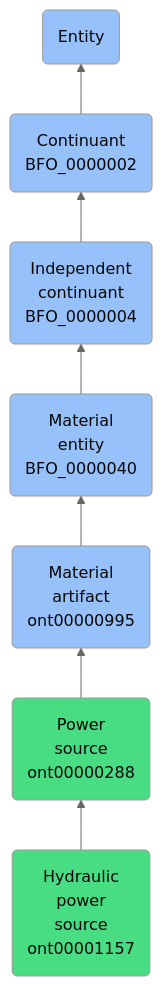
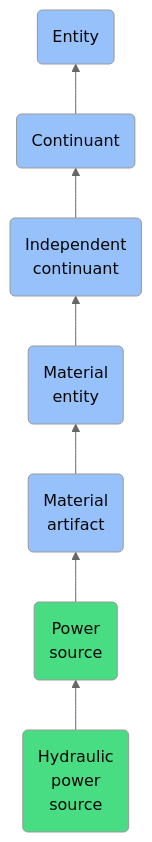
Before and after one commit to jupyter-naas/abi: the diagram in docs/ontology/reference/model/Entity/Continuant/Independent continuant/Material entity/Material artifact/Power source/Hydraulic power source/Hydraulic power source.md, drawn with Mermaid (neutral theme). The commit also changed other lines of this file and 1430 other files, not shown here.

````diff
--- a/docs/ontology/reference/model/Entity/Continuant/Independent continuant/Material entity/Material artifact/Power source/Hydraulic power source/Hydraulic power source.md
+++ b/docs/ontology/reference/model/Entity/Continuant/Independent continuant/Material entity/Material artifact/Power source/Hydraulic power source/Hydraulic power source.md
@@ -24,14 +24,14 @@
 ```mermaid
 graph BT
-    ont00001157(Hydraulic<br>power<br>source<br>ont00001157):::ABI-->ont00000288
-    ont00000288(Power<br>source<br>ont00000288):::ABI-->ont00000995
-    ont00000995(Material<br>artifact<br>ont00000995):::BFO-->BFO_0000040
-    BFO_0000040(Material<br>entity<br>BFO_0000040):::BFO-->BFO_0000004
-    BFO_0000004(Independent<br>continuant<br>BFO_0000004):::BFO-->BFO_0000002
-    BFO_0000002(Continuant<br>BFO_0000002):::BFO-->BFO_0000001
+    ont00001157(Hydraulic<br>power<br>source):::ABI-->ont00000288
+    ont00000288(Power<br>source):::ABI-->ont00000995
+    ont00000995(Material<br>artifact):::BFO-->BFO_0000040
+    BFO_0000040(Material<br>entity):::BFO-->BFO_0000004
+    BFO_0000004(Independent<br>continuant):::BFO-->BFO_0000002
+    BFO_0000002(Continuant):::BFO-->BFO_0000001
     BFO_0000001(Entity):::BFO
     
     classDef BFO fill:#97c1fb,color:#060606
     classDef CCO fill:#e4c51e,color:#060606
     classDef ABI fill:#48DD82,color:#060606
 ```
````
